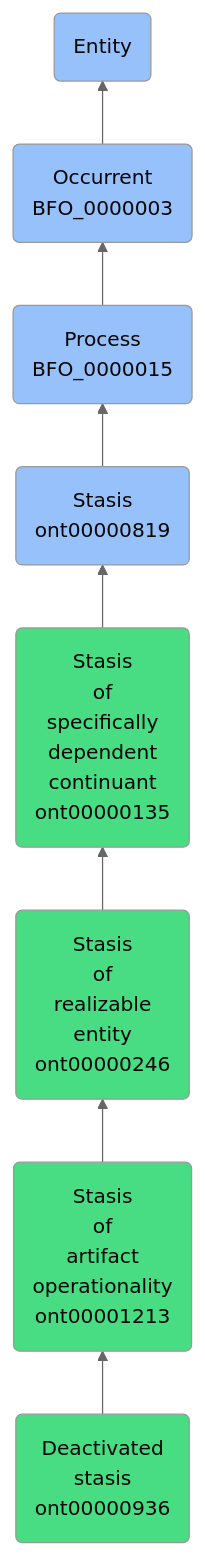
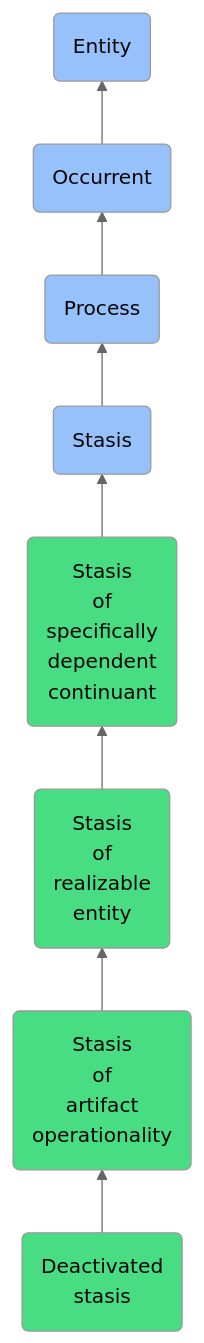
The diagram in docs/ontology/reference/model/Entity/Occurrent/Process/Stasis/Stasis of specifically dependent continuant/Stasis of realizable entity/Stasis of artifact operationality/Deactivated stasis/Deactivated stasis.md (jupyter-naas/abi), drawn with Mermaid (neutral theme) before and after one commit. The commit also changed other lines of this file and 1430 other files, not shown here.

````diff
--- a/docs/ontology/reference/model/Entity/Occurrent/Process/Stasis/Stasis of specifically dependent continuant/Stasis of realizable entity/Stasis of artifact operationality/Deactivated stasis/Deactivated stasis.md
+++ b/docs/ontology/reference/model/Entity/Occurrent/Process/Stasis/Stasis of specifically dependent continuant/Stasis of realizable entity/Stasis of artifact operationality/Deactivated stasis/Deactivated stasis.md
@@ -24,15 +24,15 @@
 ```mermaid
 graph BT
-    ont00000936(Deactivated<br>stasis<br>ont00000936):::ABI-->ont00001213
-    ont00001213(Stasis<br>of<br>artifact<br>operationality<br>ont00001213):::ABI-->ont00000246
-    ont00000246(Stasis<br>of<br>realizable<br>entity<br>ont00000246):::ABI-->ont00000135
-    ont00000135(Stasis<br>of<br>specifically<br>dependent<br>continuant<br>ont00000135):::ABI-->ont00000819
-    ont00000819(Stasis<br>ont00000819):::BFO-->BFO_0000015
-    BFO_0000015(Process<br>BFO_0000015):::BFO-->BFO_0000003
-    BFO_0000003(Occurrent<br>BFO_0000003):::BFO-->BFO_0000001
+    ont00000936(Deactivated<br>stasis):::ABI-->ont00001213
+    ont00001213(Stasis<br>of<br>artifact<br>operationality):::ABI-->ont00000246
+    ont00000246(Stasis<br>of<br>realizable<br>entity):::ABI-->ont00000135
+    ont00000135(Stasis<br>of<br>specifically<br>dependent<br>continuant):::ABI-->ont00000819
+    ont00000819(Stasis):::BFO-->BFO_0000015
+    BFO_0000015(Process):::BFO-->BFO_0000003
+    BFO_0000003(Occurrent):::BFO-->BFO_0000001
     BFO_0000001(Entity):::BFO
     
     classDef BFO fill:#97c1fb,color:#060606
     classDef CCO fill:#e4c51e,color:#060606
     classDef ABI fill:#48DD82,color:#060606
 ```
````
